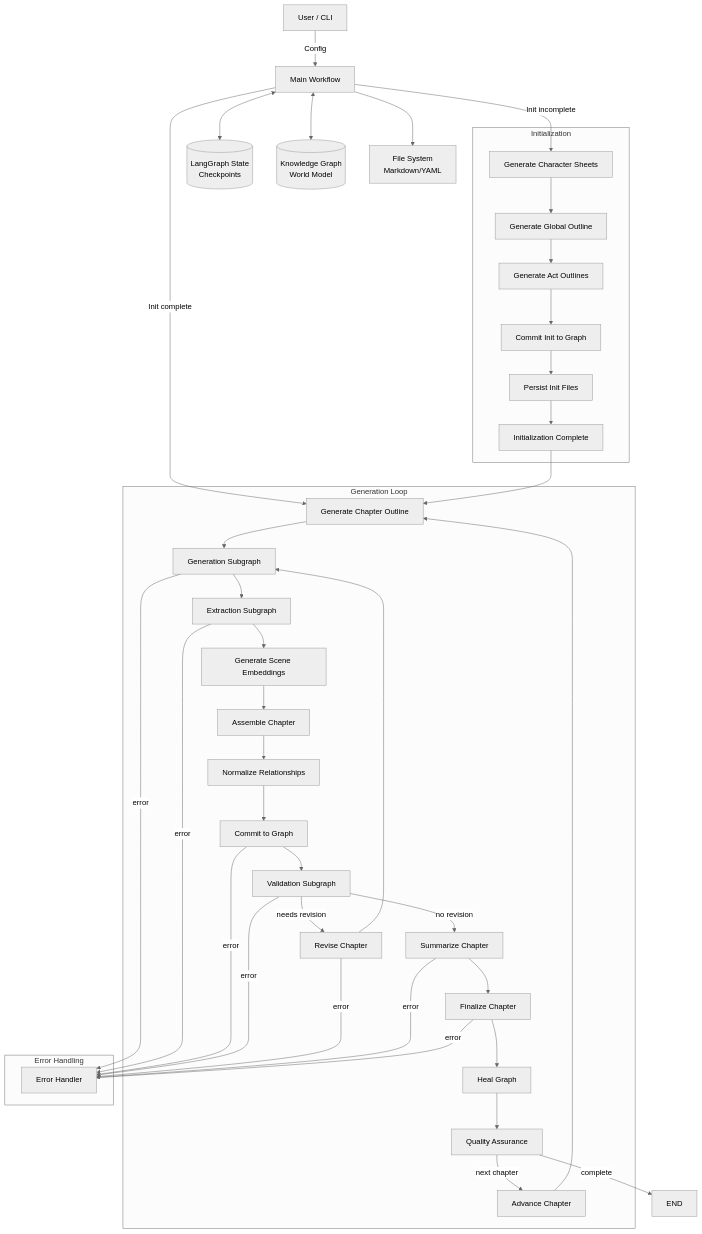
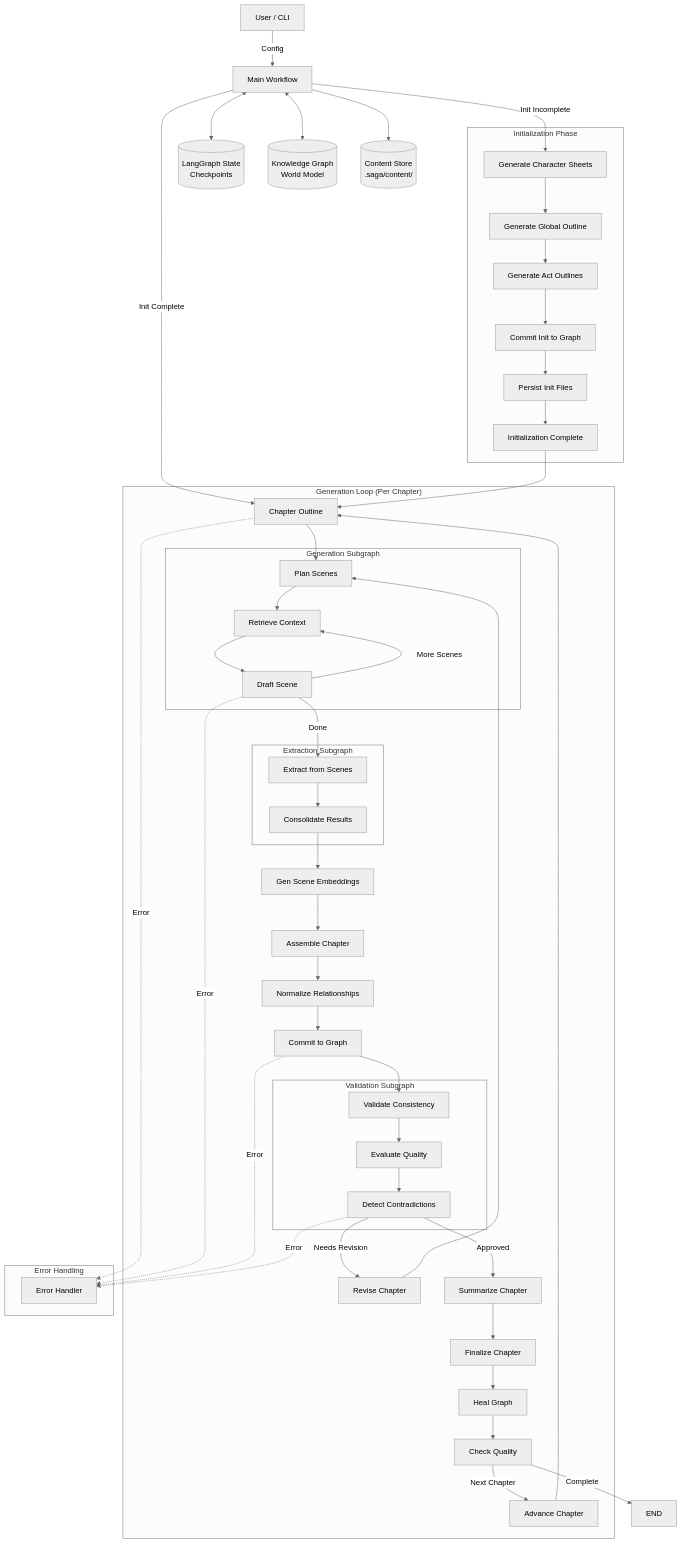
One commit to Lanerra/saga changed the diagram in docs/langgraph-architecture.md. Above: the diagram before and after it, drawn with Mermaid (neutral theme). The commit also changed other lines of this file and 8 other files, not shown here.

````diff
--- a/docs/langgraph-architecture.md
+++ b/docs/langgraph-architecture.md
@@ -32,61 +36,82 @@
 ```mermaid
 graph TD
     User[User / CLI] -->|Config| Main[Main Workflow]
 
-    subgraph "Initialization"
+    subgraph "Initialization Phase"
         InitChar[Generate Character Sheets]
         InitGlob[Generate Global Outline]
         InitActs[Generate Act Outlines]
         InitCommit[Commit Init to Graph]
         InitPersist[Persist Init Files]
         InitComplete[Initialization Complete]
     end
 
-    subgraph "Generation Loop"
-        Outline[Generate Chapter Outline]
-        Generate[Generation Subgraph]
-        Extract[Extraction Subgraph]
-        Embed[Generate Scene Embeddings]
+    subgraph "Generation Loop (Per Chapter)"
+        ChapOutline[Chapter Outline]
+        
+        subgraph "Generation Subgraph"
+            PlanScenes[Plan Scenes]
+            Retrieve[Retrieve Context]
+            Draft[Draft Scene]
+        end
+        
+        subgraph "Extraction Subgraph"
+            ExtractScene[Extract from Scenes]
+            Consolidate[Consolidate Results]
+        end
+        
+        Embed[Gen Scene Embeddings]
         Assemble[Assemble Chapter]
         Normalize[Normalize Relationships]
         Commit[Commit to Graph]
-        Validate[Validation Subgraph]
+        
+        subgraph "Validation Subgraph"
+            Validate[Validate Consistency]
+            Eval[Evaluate Quality]
+            Detect[Detect Contradictions]
+        end
+        
         Revise[Revise Chapter]
         Summarize[Summarize Chapter]
         Finalize[Finalize Chapter]
         Heal[Heal Graph]
-        QA[Quality Assurance]
+        QA[Check Quality]
         Advance[Advance Chapter]
     end
 
     subgraph "Error Handling"
         ErrorHandler[Error Handler]
     end
 
     Main <--> SQLite[(LangGraph State\nCheckpoints)]
     Main <--> Neo4j[(Knowledge Graph\nWorld Model)]
-    Main --> FS[File System\nMarkdown/YAML]
+    Main --> Content[(Content Store\n.saga/content/)]
 
-    %% Entry routing
-    Main -->|Init incomplete| InitChar
-    Main -->|Init complete| Outline
+    %% Routing
+    Main -->|Init Incomplete| InitChar
+    Main -->|Init Complete| ChapOutline
 
-    %% Initialization flow
-    InitChar --> InitGlob --> InitActs --> InitCommit --> InitPersist --> InitComplete --> Outline
+    %% Initialization Flow
+    InitChar --> InitGlob --> InitActs --> InitCommit --> InitPersist --> InitComplete --> ChapOutline
 
-    %% Generation flow
-    Outline --> Generate --> Extract --> Embed --> Assemble --> Normalize --> Commit --> Validate
-    Validate -->|needs revision| Revise --> Generate
-    Validate -->|no revision| Summarize --> Finalize --> Heal --> QA
-    QA -->|next chapter| Advance --> Outline
-    QA -->|complete| END
+    %% Generation Flow
+    ChapOutline --> PlanScenes
+    PlanScenes --> Retrieve --> Draft
+    Draft -->|More Scenes| Retrieve
+    Draft -->|Done| ExtractScene
+    
+    ExtractScene --> Consolidate --> Embed --> Assemble --> Normalize --> Commit --> Validate
+    
+    Validate --> Eval --> Detect
+    Detect -->|Needs Revision| Revise --> PlanScenes
+    Detect -->|Approved| Summarize --> Finalize --> Heal --> QA
+    
+    QA -->|Next Chapter| Advance --> ChapOutline
+    QA -->|Complete| END
 
-    %% Error paths
-    Generate -->|error| ErrorHandler
-    Extract -->|error| ErrorHandler
-    Commit -->|error| ErrorHandler
-    Validate -->|error| ErrorHandler
-    Revise -->|error| ErrorHandler
-    Summarize -->|error| ErrorHandler
-    Finalize -->|error| ErrorHandler
+    %% Error Paths (Simplified)
+    ChapOutline -.->|Error| ErrorHandler
+    Draft -.->|Error| ErrorHandler
+    Commit -.->|Error| ErrorHandler
+    Detect -.->|Error| ErrorHandler
 ```
````
